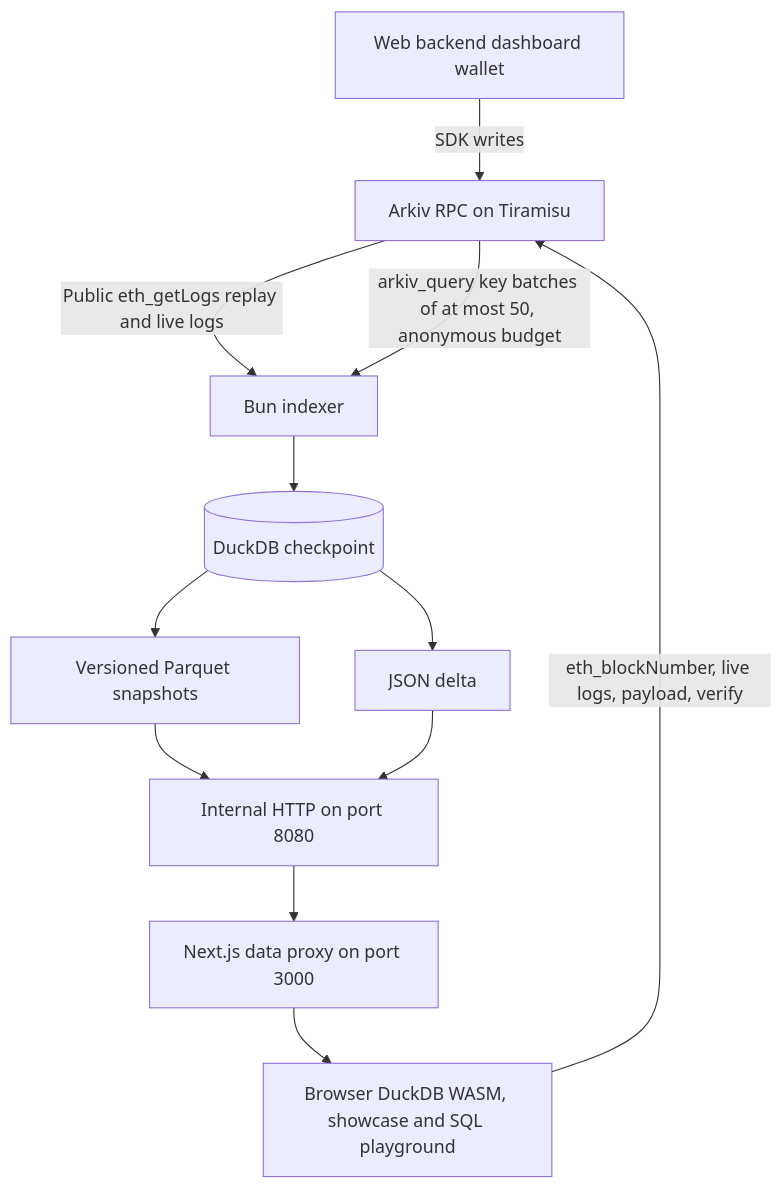
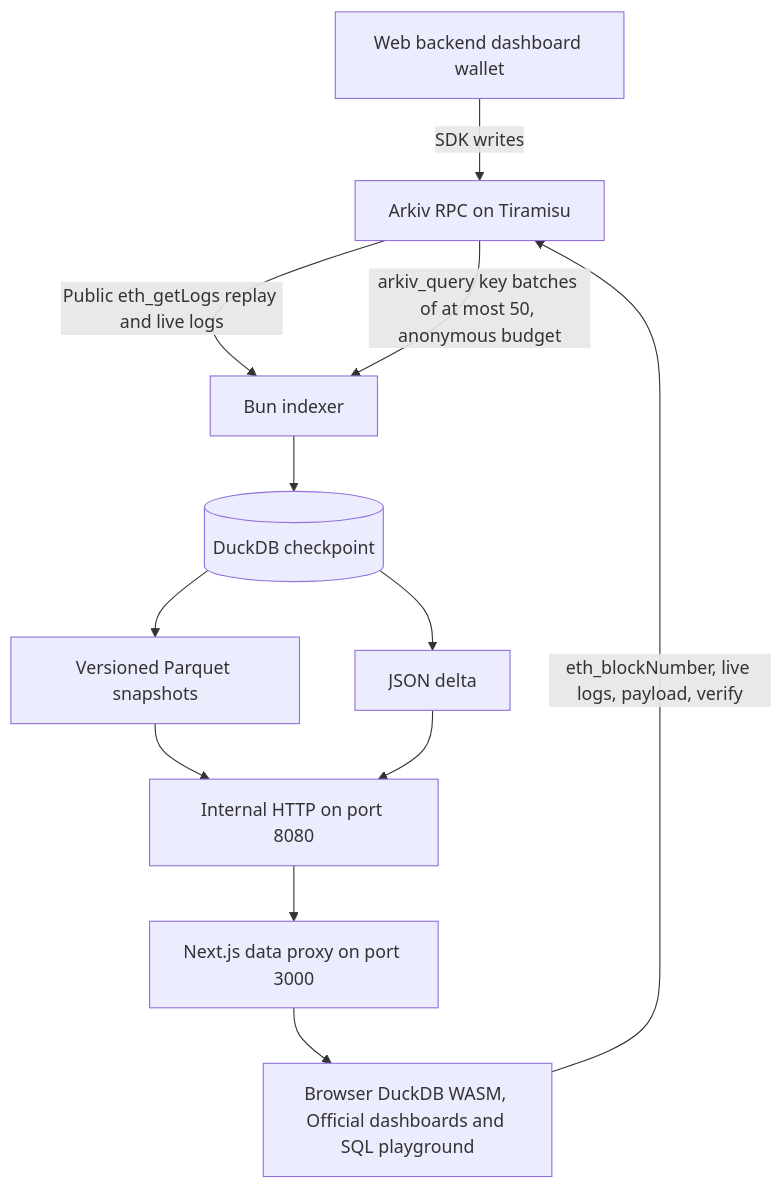
One commit to SlayerAnsh/hackathon-duckdb-indexer changed the diagram in README.md. Above: the diagram before and after it, drawn with Mermaid. The commit also changed other lines of this file and 26 other files, not shown here.

Commit message:
feat(web): landing shows official dashboards and the showcase is removed

````diff
--- a/README.md
+++ b/README.md
@@ -14,14 +14,14 @@
 ```mermaid
 flowchart TD
   RPC[Arkiv RPC on Tiramisu] -->|Public eth_getLogs replay and live logs| Indexer[Bun indexer]
   RPC -->|arkiv_query key batches of at most 50, anonymous budget| Indexer
   Indexer --> DB[(DuckDB checkpoint)]
   DB --> Snapshot[Versioned Parquet snapshots]
   DB --> Delta[JSON delta]
   Snapshot --> HTTP[Internal HTTP on port 8080]
   Delta --> HTTP
   HTTP --> Proxy[Next.js data proxy on port 3000]
-  Proxy --> Browser[Browser DuckDB WASM, showcase and SQL playground]
+  Proxy --> Browser[Browser DuckDB WASM, Official dashboards and SQL playground]
   Browser -->|eth_blockNumber, live logs, payload, verify| RPC
   Writer[Web backend dashboard wallet] -->|SDK writes| RPC
 ```
````
